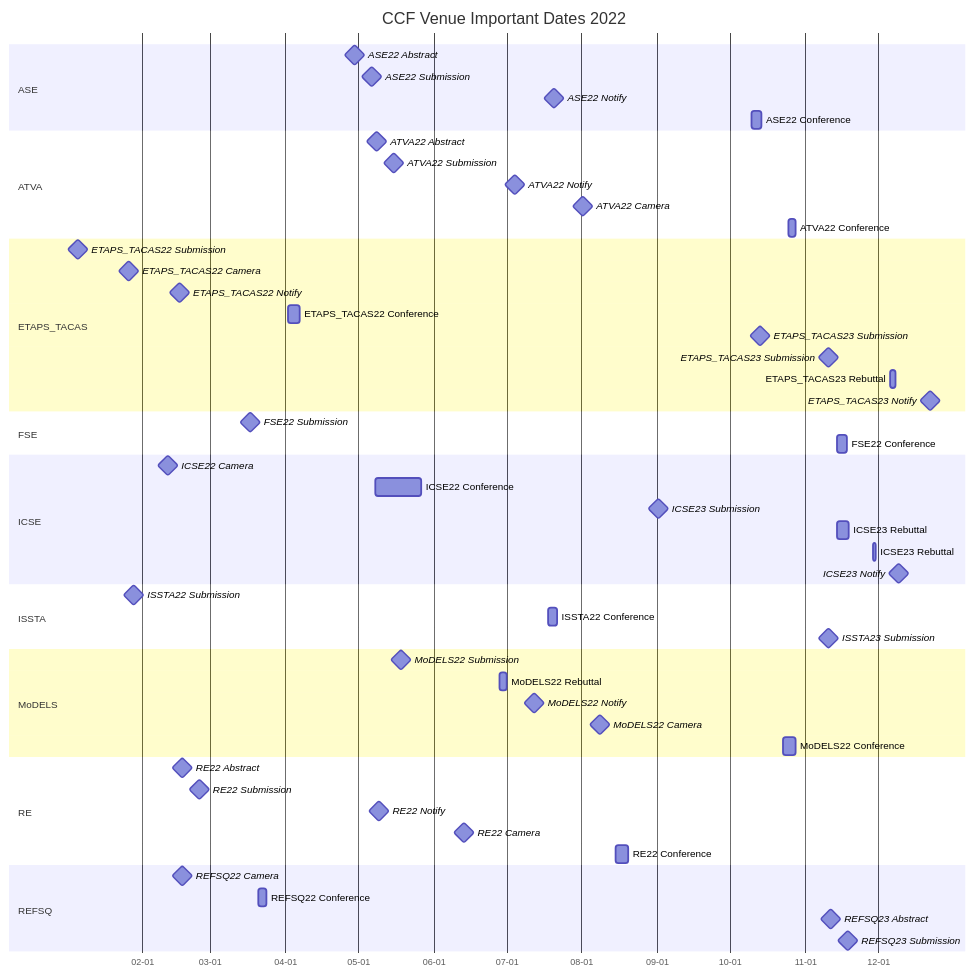
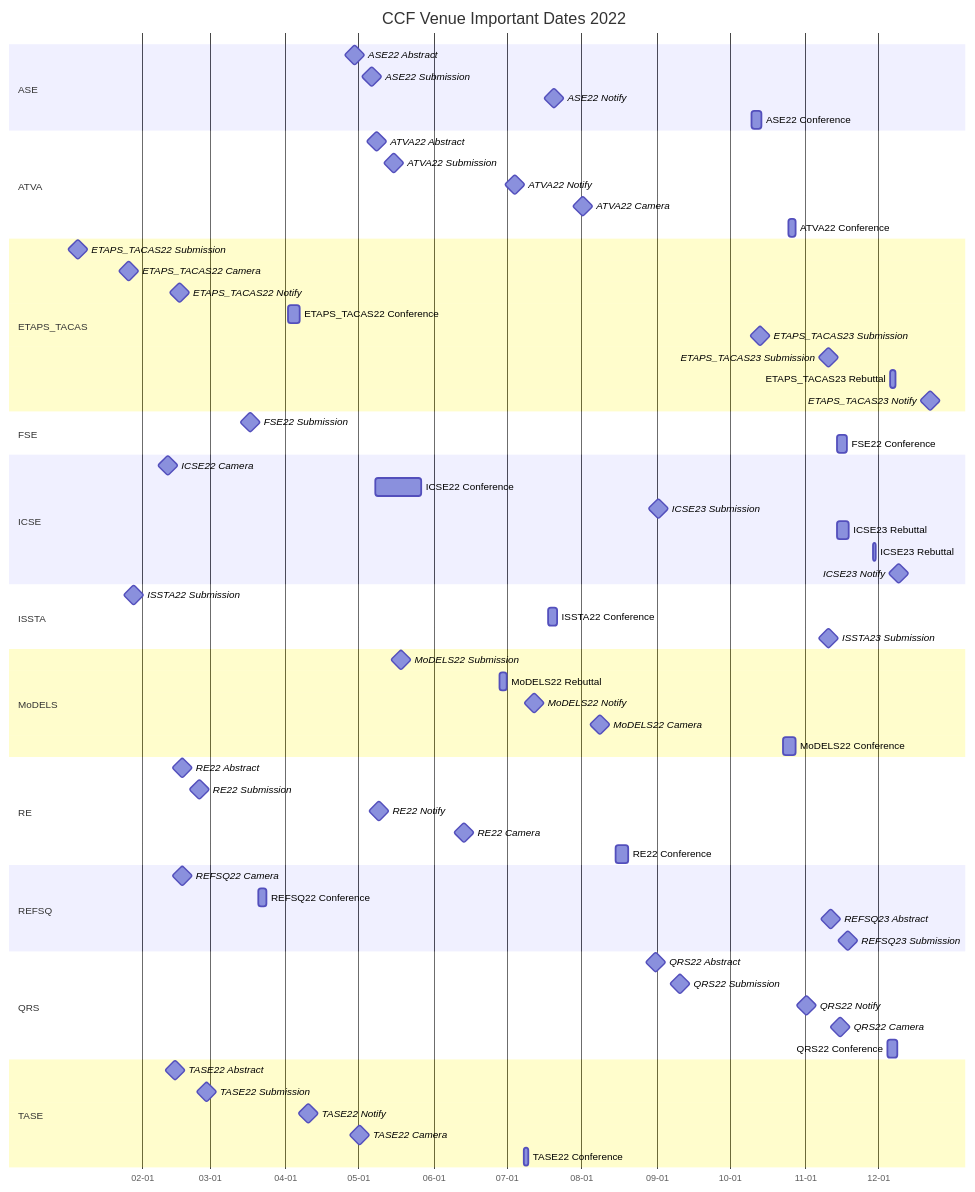
One commit to HansBug/research_ideas changed the seventh of 9 diagrams in ccf_venues/TIMELINE.md. Above: the diagram before and after it, drawn with Mermaid. The commit also changed other lines of this file and 35 other files, not shown here.

````diff
--- a/ccf_venues/TIMELINE.md
+++ b/ccf_venues/TIMELINE.md
@@ -855,67 +965,81 @@
 ```mermaid
 gantt
   title CCF Venue Important Dates 2022
   dateFormat YYYY-MM-DD
   axisFormat %m-%d
 
   section ASE
   ASE22 Abstract :milestone, ase_2022_1_20220429, 2022-04-29, 1d
   ASE22 Submission :milestone, ase_2022_2_20220506, 2022-05-06, 1d
   ASE22 Notify :milestone, ase_2022_3_20220720, 2022-07-20, 1d
   ASE22 Conference :ase_2022_4_20221010, 2022-10-10, 2022-10-14
 
   section ATVA
   ATVA22 Abstract :milestone, atva_2022_1_20220508, 2022-05-08, 1d
   ATVA22 Submission :milestone, atva_2022_2_20220515, 2022-05-15, 1d
   ATVA22 Notify :milestone, atva_2022_3_20220704, 2022-07-04, 1d
   ATVA22 Camera :milestone, atva_2022_4_20220801, 2022-08-01, 1d
   ATVA22 Conference :atva_2022_5_20221025, 2022-10-25, 2022-10-28
 
   section ETAPS_TACAS
   ETAPS_TACAS22 Submission :milestone, etaps_tacas_2022_1_20220105, 2022-01-05, 1d
   ETAPS_TACAS22 Camera :milestone, etaps_tacas_2022_2_20220126, 2022-01-26, 1d
   ETAPS_TACAS22 Notify :milestone, etaps_tacas_2022_3_20220216, 2022-02-16, 1d
   ETAPS_TACAS22 Conference :etaps_tacas_2022_4_20220402, 2022-04-02, 2022-04-07
   ETAPS_TACAS23 Submission :milestone, etaps_tacas_2022_5_20221013, 2022-10-13, 1d
   ETAPS_TACAS23 Submission :milestone, etaps_tacas_2022_6_20221110, 2022-11-10, 1d
   ETAPS_TACAS23 Rebuttal :etaps_tacas_2022_7_20221206, 2022-12-06, 2022-12-08
   ETAPS_TACAS23 Notify :milestone, etaps_tacas_2022_8_20221222, 2022-12-22, 1d
 
   section FSE
   FSE22 Submission :milestone, fse_2022_1_20220317, 2022-03-17, 1d
   FSE22 Conference :fse_2022_2_20221114, 2022-11-14, 2022-11-18
 
   section ICSE
   ICSE22 Camera :milestone, icse_2022_1_20220211, 2022-02-11, 1d
   ICSE22 Conference :icse_2022_2_20220508, 2022-05-08, 2022-05-27
   ICSE23 Submission :milestone, icse_2022_3_20220901, 2022-09-01, 1d
   ICSE23 Rebuttal :icse_2022_4_20221114, 2022-11-14, 2022-11-19
   ICSE23 Rebuttal :icse_2022_5_20221129, 2022-11-29, 2022-11-30
   ICSE23 Notify :milestone, icse_2022_6_20221209, 2022-12-09, 1d
 
   section ISSTA
   ISSTA22 Submission :milestone, issta_2022_1_20220128, 2022-01-28, 1d
   ISSTA22 Conference :issta_2022_2_20220718, 2022-07-18, 2022-07-22
   ISSTA23 Submission :milestone, issta_2022_3_20221110, 2022-11-10, 1d
 
   section MoDELS
   MoDELS22 Submission :milestone, models_2022_1_20220518, 2022-05-18, 1d
   MoDELS22 Rebuttal :models_2022_2_20220628, 2022-06-28, 2022-07-01
   MoDELS22 Notify :milestone, models_2022_3_20220712, 2022-07-12, 1d
   MoDELS22 Camera :milestone, models_2022_4_20220808, 2022-08-08, 1d
   MoDELS22 Conference :models_2022_5_20221023, 2022-10-23, 2022-10-28
 
   section RE
   RE22 Abstract :milestone, re_2022_1_20220217, 2022-02-17, 1d
   RE22 Submission :milestone, re_2022_2_20220224, 2022-02-24, 1d
   RE22 Notify :milestone, re_2022_3_20220509, 2022-05-09, 1d
   RE22 Camera :milestone, re_2022_4_20220613, 2022-06-13, 1d
   RE22 Conference :re_2022_5_20220815, 2022-08-15, 2022-08-20
 
   section REFSQ
   REFSQ22 Camera :milestone, refsq_2022_1_20220217, 2022-02-17, 1d
   REFSQ22 Conference :refsq_2022_2_20220321, 2022-03-21, 2022-03-24
   REFSQ23 Abstract :milestone, refsq_2022_3_20221111, 2022-11-11, 1d
   REFSQ23 Submission :milestone, refsq_2022_4_20221118, 2022-11-18, 1d
 
+
+  section QRS
+  QRS22 Abstract :milestone, qrs_2022_1_20220831, 2022-08-31, 1d
+  QRS22 Submission :milestone, qrs_2022_2_20220910, 2022-09-10, 1d
+  QRS22 Notify :milestone, qrs_2022_3_20221101, 2022-11-01, 1d
+  QRS22 Camera :milestone, qrs_2022_4_20221115, 2022-11-15, 1d
+  QRS22 Conference :qrs_2022_5_20221205, 2022-12-05, 2022-12-09
+
+  section TASE
+  TASE22 Abstract :milestone, tase_2022_1_20220214, 2022-02-14, 1d
+  TASE22 Submission :milestone, tase_2022_2_20220227, 2022-02-27, 1d
+  TASE22 Notify :milestone, tase_2022_3_20220410, 2022-04-10, 1d
+  TASE22 Camera :milestone, tase_2022_4_20220501, 2022-05-01, 1d
+  TASE22 Conference :tase_2022_5_20220708, 2022-07-08, 2022-07-10
 ```
````
